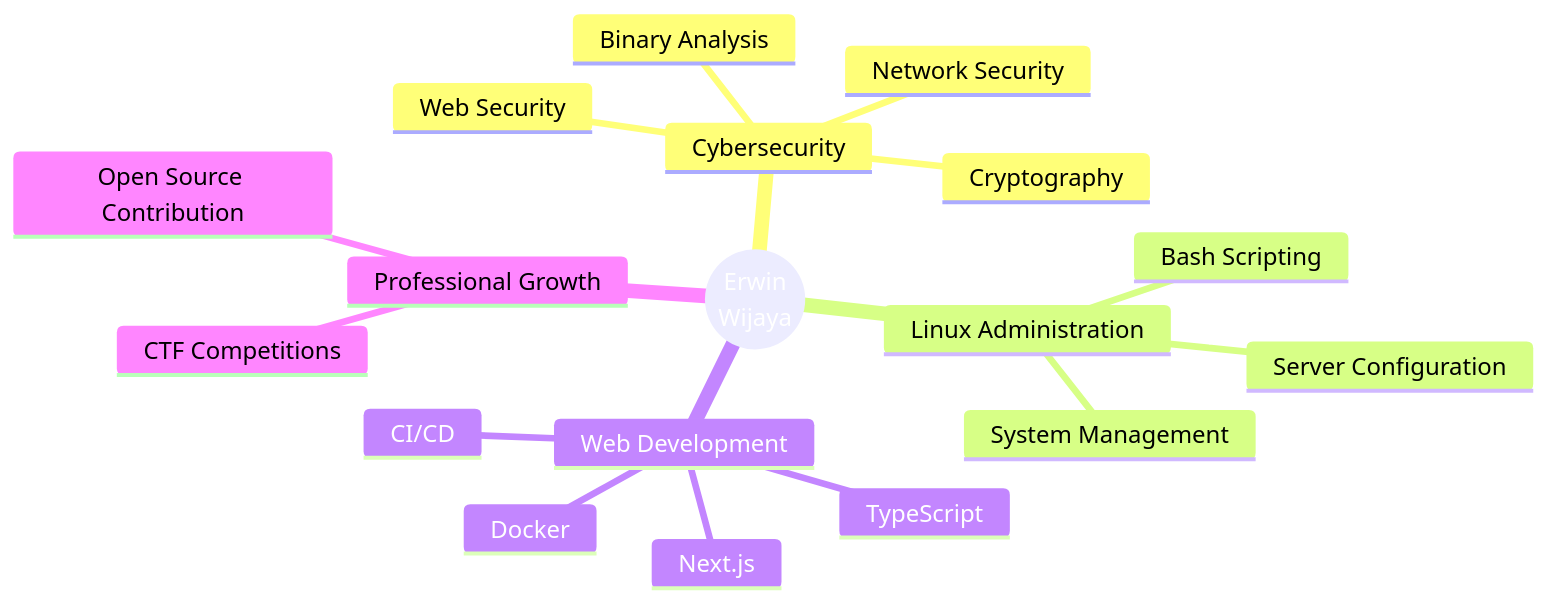
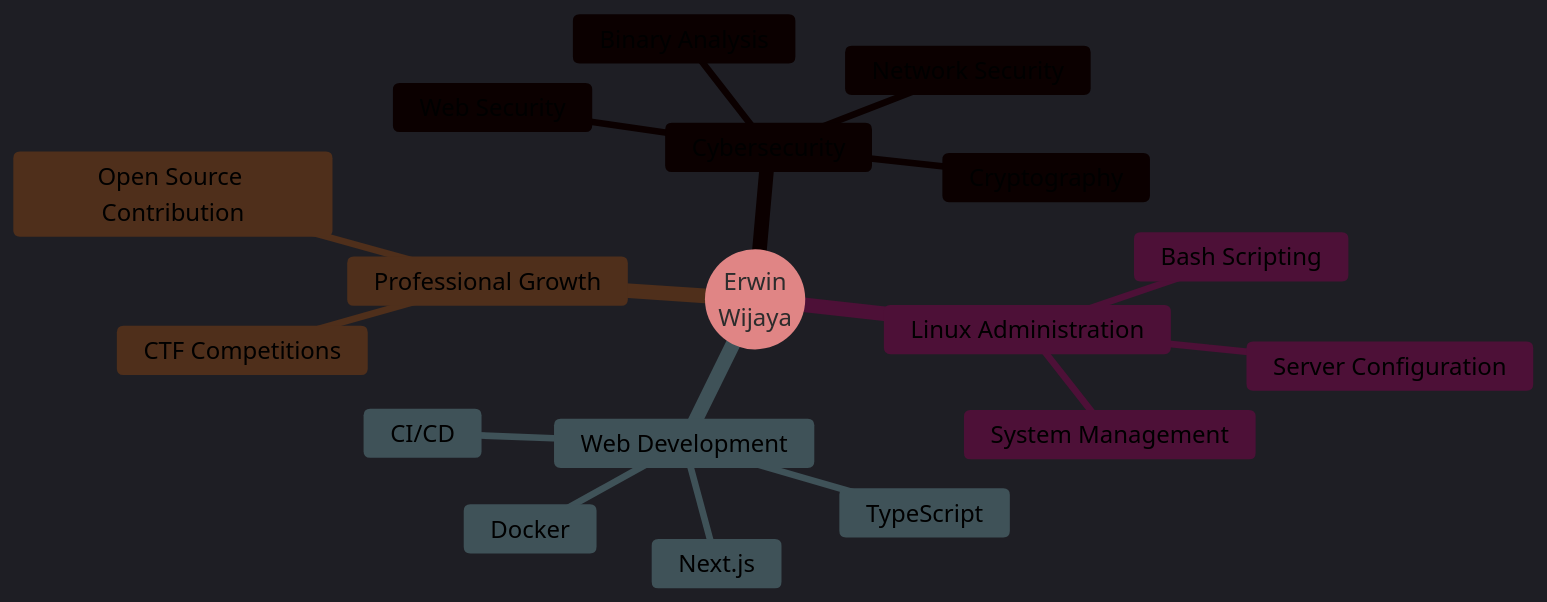
One commit to Romm31/Romm31 changed the diagram in README.md. Above: the diagram before and after it, drawn with Mermaid.

Commit message:
Change Mermaid diagram theme to dark mode
Updated Mermaid diagram theme settings from default to dark mode with new color variables.

````diff
--- a/README.md
+++ b/README.md
@@ -194,45 +194,46 @@
 ```mermaid
-%%{init: {'theme':'default', 'themeVariables': {
-  'fontSize':'18px',
-  'fontFamily':'arial',
-  'darkMode':'false',
-  'background':'#FAEBD7',
-  'primaryColor':'#A01623',
-  'primaryTextColor':'#FFF5EE',
-  'primaryBorderColor':'#7B1113',
-  'lineColor':'#7B1113',
-  'secondaryColor':'#B03030',
-  'secondaryTextColor':'#2B1B17',
-  'secondaryBorderColor':'#7B1113',
-  'tertiaryColor':'#8B0000',
-  'tertiaryTextColor':'#FFF5EE',
-  'tertiaryBorderColor':'#7B1113',
-  'clusterBkg':'#F5DEB3',
-  'clusterBorder':'#7B1113',
-  'titleColor':'#A01623',
-  'edgeLabelBackground':'#FFF5EE',
-  'nodeTextColor':'#2B1B17',
-  'mainBkg':'#A01623',
-  'nodeBorder':'#7B1113',
-  'textColor':'#2B1B17'
+%%{init: {'theme': 'dark', 'themeVariables': {
+  'fontSize': '18px',
+  'fontFamily': 'arial',
+  'darkMode': 'true',
+  'background': '#0d0d0d',
+  'primaryColor': '#b30000',
+  'primaryTextColor': '#ffffff',
+  'primaryBorderColor': '#ff4d4d',
+  'lineColor': '#ff4d4d',
+  'secondaryColor': '#cc3333',
+  'secondaryTextColor': '#fff',
+  'secondaryBorderColor': '#ff4d4d',
+  'tertiaryColor': '#ff6666',
+  'tertiaryTextColor': '#1a1a1a',
+  'tertiaryBorderColor': '#ff4d4d',
+  'clusterBkg': '#1a1a1a',
+  'clusterBorder': '#ff4d4d',
+  'titleColor': '#ff4d4d',
+  'edgeLabelBackground': '#0d0d0d',
+  'nodeTextColor': '#ffffff',
+  'mainBkg': '#b30000',
+  'nodeBorder': '#ff4d4d',
+  'textColor': '#ffffff'
 }}}%%
+
 mindmap
   root((Erwin<br/>Wijaya))
     Cybersecurity
       Web Security
       Cryptography
       Binary Analysis
       Network Security
     Linux Administration
       System Management
       Bash Scripting
       Server Configuration
     Web Development
       Next.js
       TypeScript
       Docker
       CI/CD
     Professional Growth
       CTF Competitions
       Open Source Contribution
 ```
````
